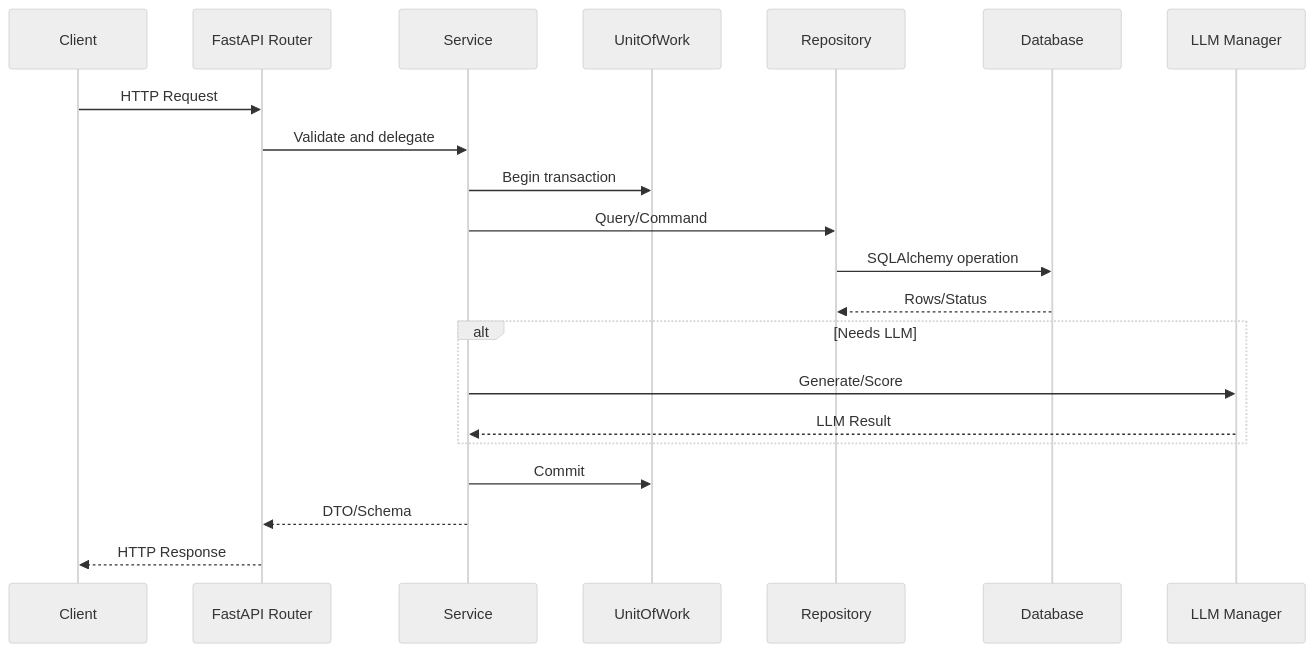
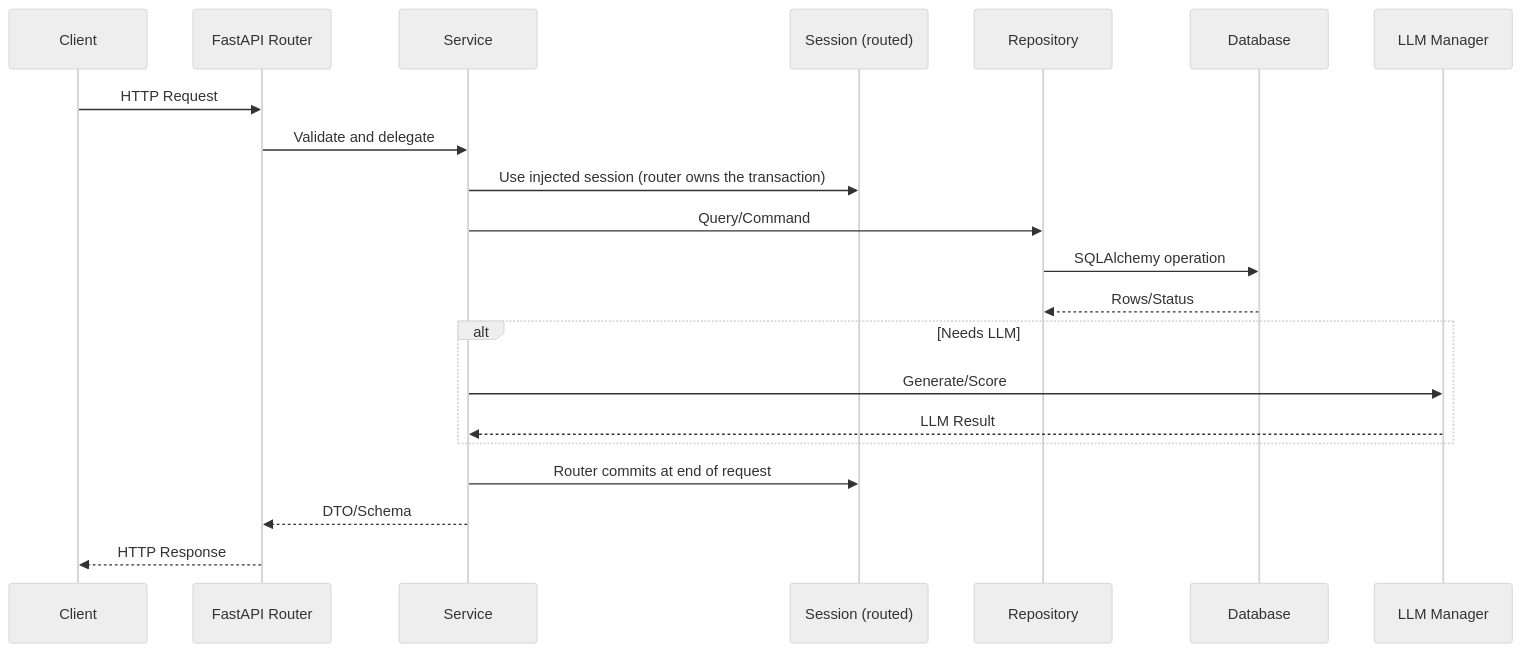
One commit to databrickslabs/kasal changed the first of 2 diagrams in src/docs/DEVELOPER_GUIDE.md. Above: the diagram before and after it, drawn with Mermaid (neutral theme). The commit also changed 43 other files, not shown here.

````diff
--- a/src/docs/DEVELOPER_GUIDE.md
+++ b/src/docs/DEVELOPER_GUIDE.md
@@ -49,24 +49,24 @@
 ```mermaid
 sequenceDiagram
     participant C as Client
     participant R as FastAPI Router
     participant S as Service
-    participant U as UnitOfWork
+    participant U as Session (routed)
     participant Repo as Repository
     participant DB as Database
     participant L as LLM Manager
 
     C->>R: HTTP Request
     R->>S: Validate and delegate
-    S->>U: Begin transaction
+    S->>U: Use injected session (router owns the transaction)
     S->>Repo: Query/Command
     Repo->>DB: SQLAlchemy operation
     DB-->>Repo: Rows/Status
     alt Needs LLM
         S->>L: Generate/Score
         L-->>S: LLM Result
     end
-    S->>U: Commit
+    S->>U: Router commits at end of request
     S-->>R: DTO/Schema
     R-->>C: HTTP Response
 ```
````
